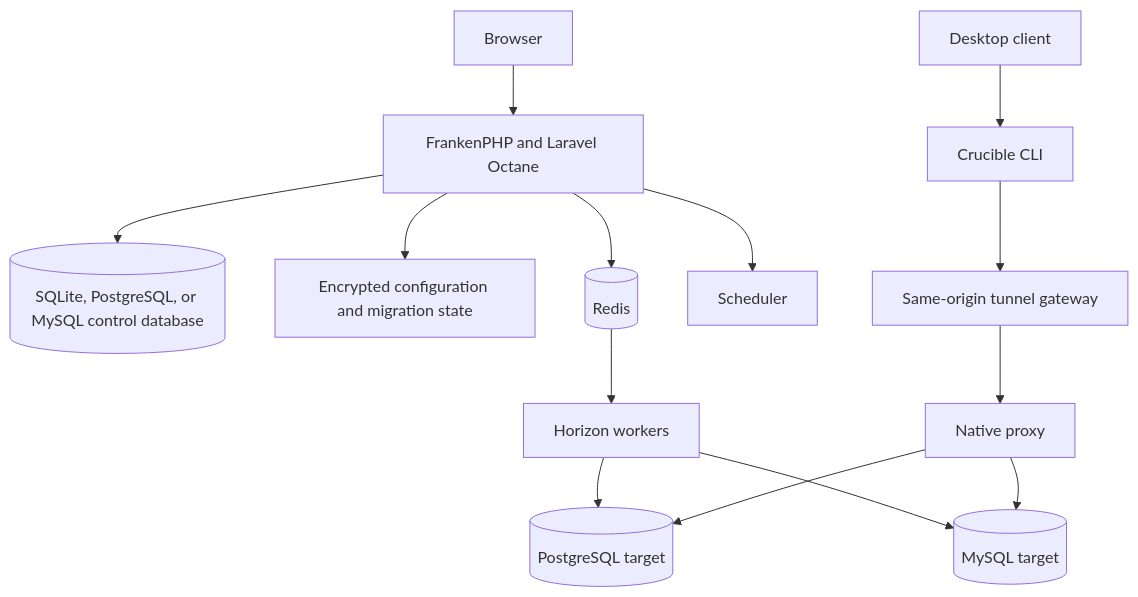
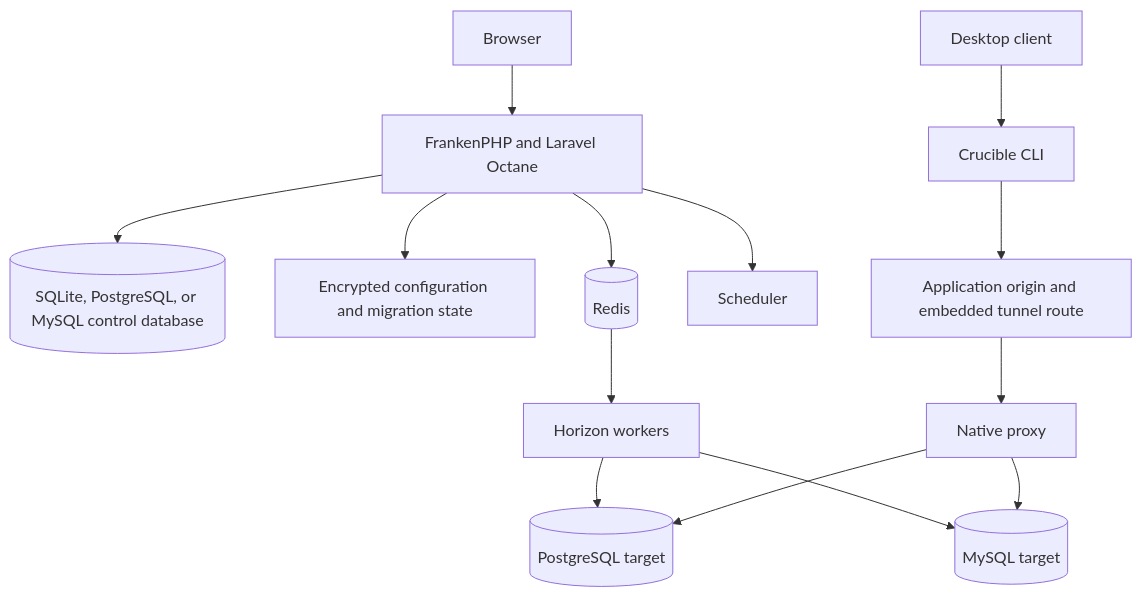
Before and after one commit to adiwidia-dev/crucible-db: the diagram in docs/operations/architecture.md, drawn with Mermaid. The commit also changed other lines of this file and 11 other files, not shown here.

````diff
--- a/docs/operations/architecture.md
+++ b/docs/operations/architecture.md
@@ -5,16 +5,16 @@
 ```mermaid
 flowchart TB
     B[Browser] --> A[FrankenPHP and Laravel Octane]
     A --> M[(SQLite, PostgreSQL, or MySQL control database)]
     A --> V[Encrypted configuration and migration state]
     A --> R[(Redis)]
     R --> H[Horizon workers]
     A --> S[Scheduler]
     H --> P[(PostgreSQL target)]
     H --> Y[(MySQL target)]
     C[Desktop client] --> L[Crucible CLI]
-    L --> G[Same-origin tunnel gateway]
+    L --> G[Application origin and embedded tunnel route]
     G --> N[Native proxy]
     N --> P
     N --> Y
 ```
````
